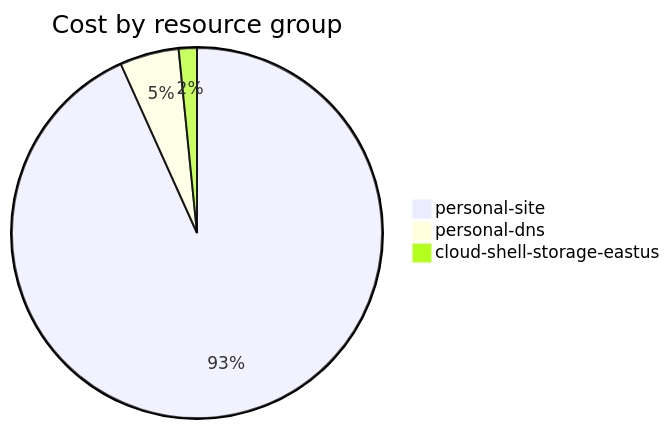
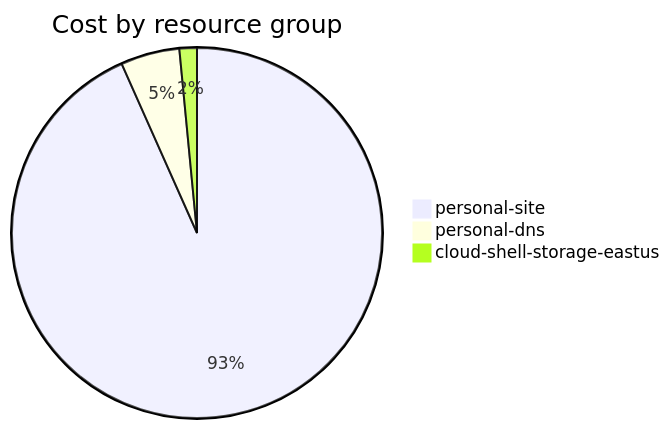
One commit to jpfulton/azure-personal-reports changed the fourth of 4 diagrams in cost-reports/accumulated-cost.md. Above: the diagram before and after it, drawn with Mermaid. The commit also changed other lines of this file and 4 other files, not shown here.

````diff
--- a/cost-reports/accumulated-cost.md
+++ b/cost-reports/accumulated-cost.md
@@ -143,7 +143,7 @@
 ```mermaid
 pie
    title Cost by resource group
-   "personal-site" : 4.70
-   "personal-dns" : 0.26
+   "personal-site" : 4.90
+   "personal-dns" : 0.27
    "cloud-shell-storage-eastus" : 0.08
 ```
````
